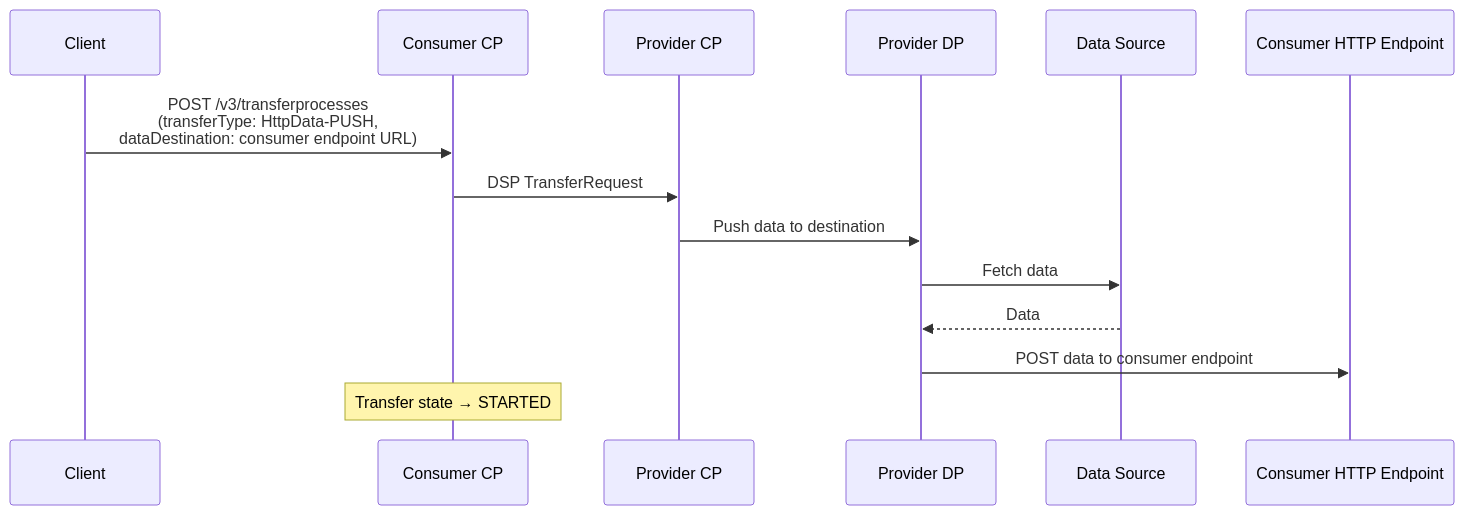
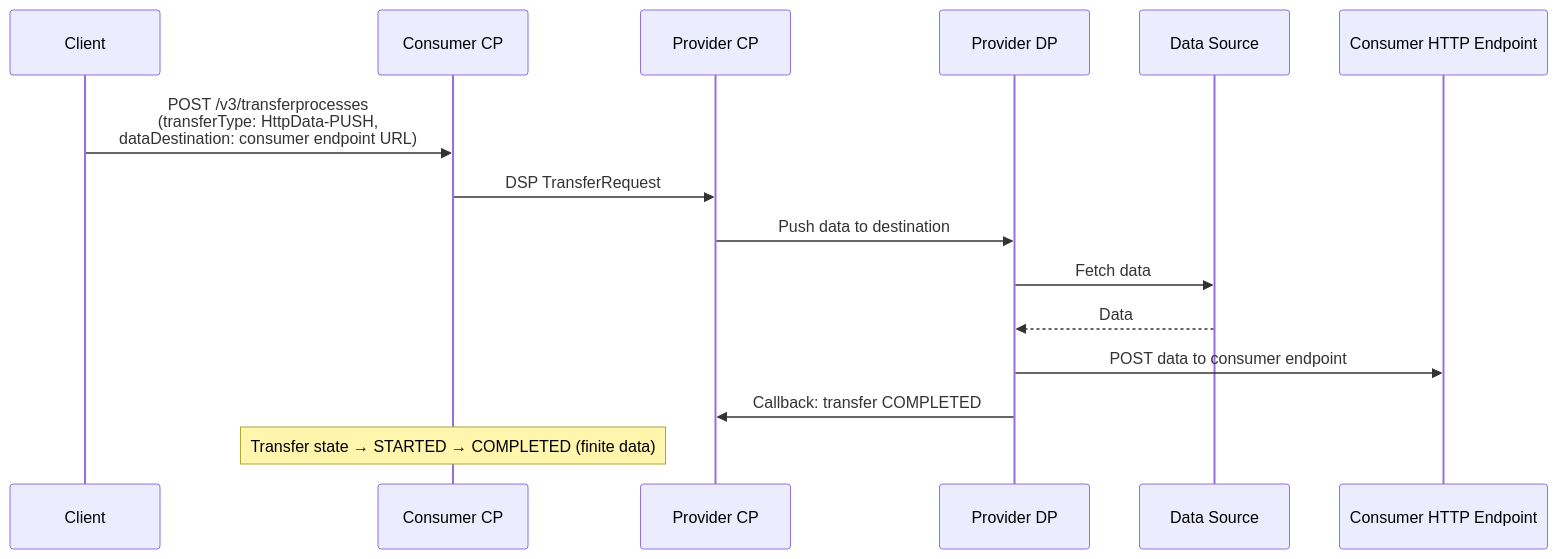
The fourth of 4 diagrams in deployment/local/README.md (Federity-X/public-tractusx-edc), drawn with Mermaid before and after one commit. The commit also changed other lines of this file, not shown here.

First line of the commit message:
docs: add edc.control.endpoint and DP callback docs to README

````diff
--- a/deployment/local/README.md
+++ b/deployment/local/README.md
@@ -272,17 +272,18 @@
 ```mermaid
 sequenceDiagram
     participant Client as Client
     participant ConsumerCP as Consumer CP
     participant ProviderCP as Provider CP
     participant ProviderDP as Provider DP
     participant DataSource as Data Source
     participant ConsumerEndpoint as Consumer HTTP Endpoint
 
     Client->>ConsumerCP: POST /v3/transferprocesses<br/>(transferType: HttpData-PUSH,<br/>dataDestination: consumer endpoint URL)
     ConsumerCP->>ProviderCP: DSP TransferRequest
     ProviderCP->>ProviderDP: Push data to destination
     ProviderDP->>DataSource: Fetch data
     DataSource-->>ProviderDP: Data
     ProviderDP->>ConsumerEndpoint: POST data to consumer endpoint
-    Note over ConsumerCP: Transfer state → STARTED
+    ProviderDP->>ProviderCP: Callback: transfer COMPLETED
+    Note over ConsumerCP: Transfer state → STARTED → COMPLETED (finite data)
 ```
````
